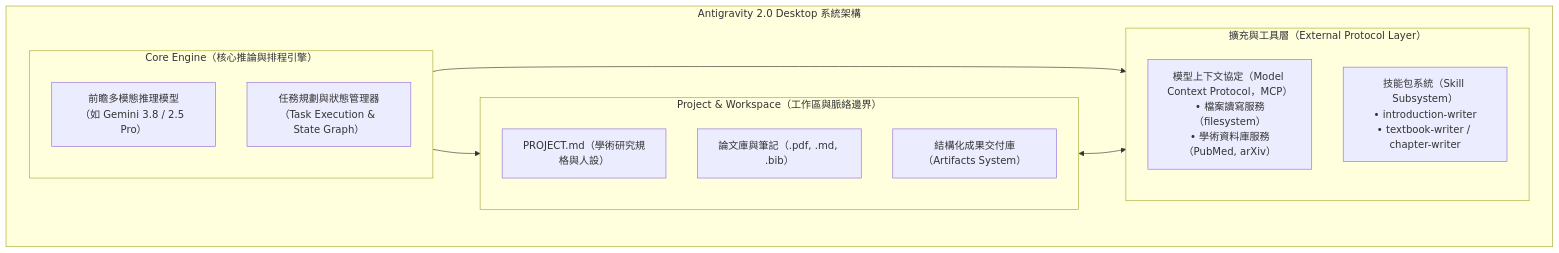
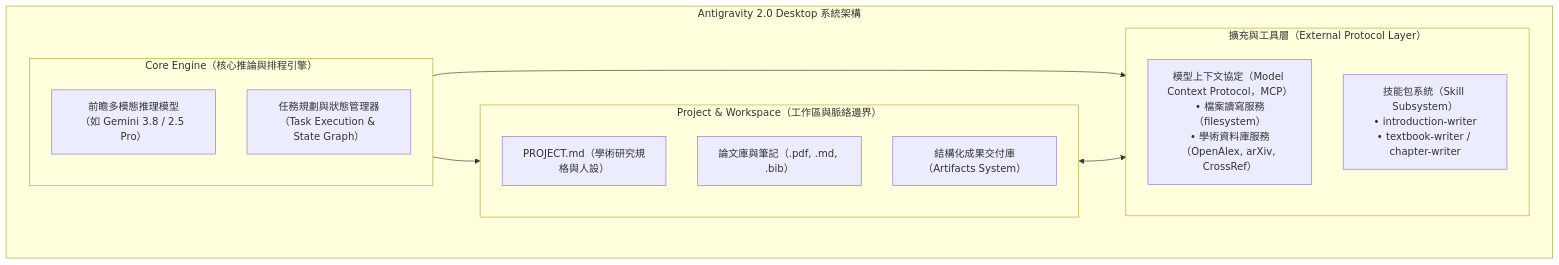
The second of 4 diagrams in 01_課程介紹.md (sungchien/literature_agent), drawn with Mermaid before and after one commit. The commit also changed other lines of this file and 5 other files, not shown here.

````diff
--- a/01_課程介紹.md
+++ b/01_課程介紹.md
@@ -87,25 +87,25 @@
 ```mermaid
 graph TB
     subgraph AntigravityApp["Antigravity 2.0 Desktop 系統架構"]
         subgraph Core["Core Engine（核心推論與排程引擎）"]
             LLM_Brain["前瞻多模態推理模型<br/>（如 Gemini 3.8 / 2.5 Pro）"]
             TaskMgr["任務規劃與狀態管理器<br/>（Task Execution & State Graph）"]
         end
 
         subgraph ContextArea["Project & Workspace（工作區與脈絡邊界）"]
             ProjConfig["PROJECT.md（學術研究規格與人設）"]
             LocalFiles["論文庫與筆記（.pdf, .md, .bib）"]
             Artifacts["結構化成果交付庫（Artifacts System）"]
         end
 
         subgraph Integration["擴充與工具層（External Protocol Layer）"]
-            MCP["模型上下文協定（Model Context Protocol，MCP）<br/>• 檔案讀寫服務（filesystem）<br/>• 學術資料庫服務（PubMed, arXiv）"]
+            MCP["模型上下文協定（Model Context Protocol，MCP）<br/>• 檔案讀寫服務（filesystem）<br/>• 學術資料庫服務（OpenAlex, arXiv, CrossRef）"]
             Skills["技能包系統（Skill Subsystem）<br/>• introduction-writer<br/>• textbook-writer / chapter-writer"]
         end
 
         Core --> ContextArea
         Core --> Integration
         ContextArea <--> Integration
     end
 
 ```
````
